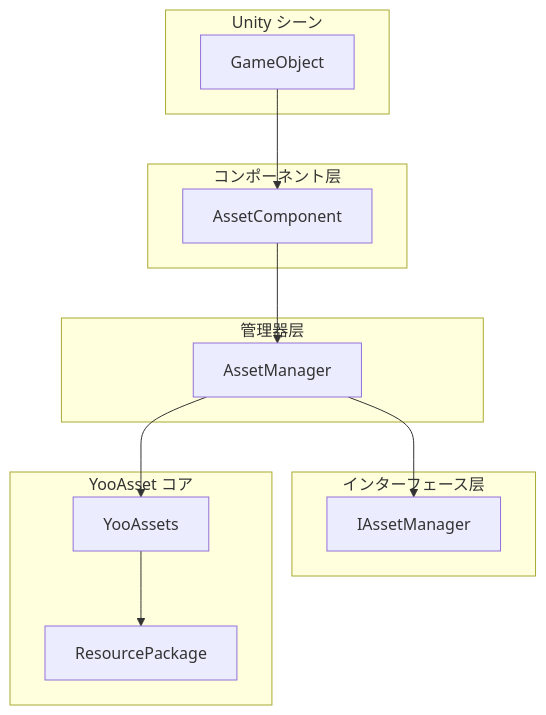
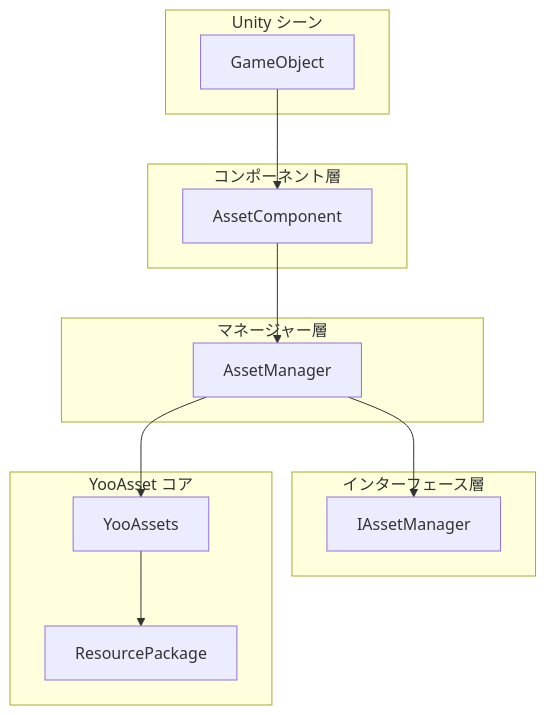
Before and after one commit to AlianBlank/GameFrameX.Docs: the first of 2 diagrams in docs/ja/client/unity/component/asset/03.getting-started.md, drawn with Mermaid. The commit also changed other lines of this file and 320 other files, not shown here.

````diff
--- a/docs/ja/client/unity/component/asset/03.getting-started.md
+++ b/docs/ja/client/unity/component/asset/03.getting-started.md
@@ -15,29 +15,29 @@
 ```mermaid
 flowchart TD
     subgraph UnityScene["Unity シーン"]
         GameObj[GameObject]
     end
 
-    subgraph ComponentLayer["コンポーネント层"]
+    subgraph ComponentLayer["コンポーネント層"]
         AC[AssetComponent]
     end
 
-    subgraph ManagerLayer["管理器层"]
+    subgraph ManagerLayer["マネージャー層"]
         AM[AssetManager]
     end
 
-    subgraph InterfaceLayer["インターフェース层"]
+    subgraph InterfaceLayer["インターフェース層"]
         IAM[IAssetManager]
     end
 
     subgraph YooAsset["YooAsset コア"]
         YA[YooAssets]
         RP[ResourcePackage]
     end
 
     GameObj --> AC
     AC --> AM
     AM --> IAM
     AM --> YA
     YA --> RP
 ```
````
